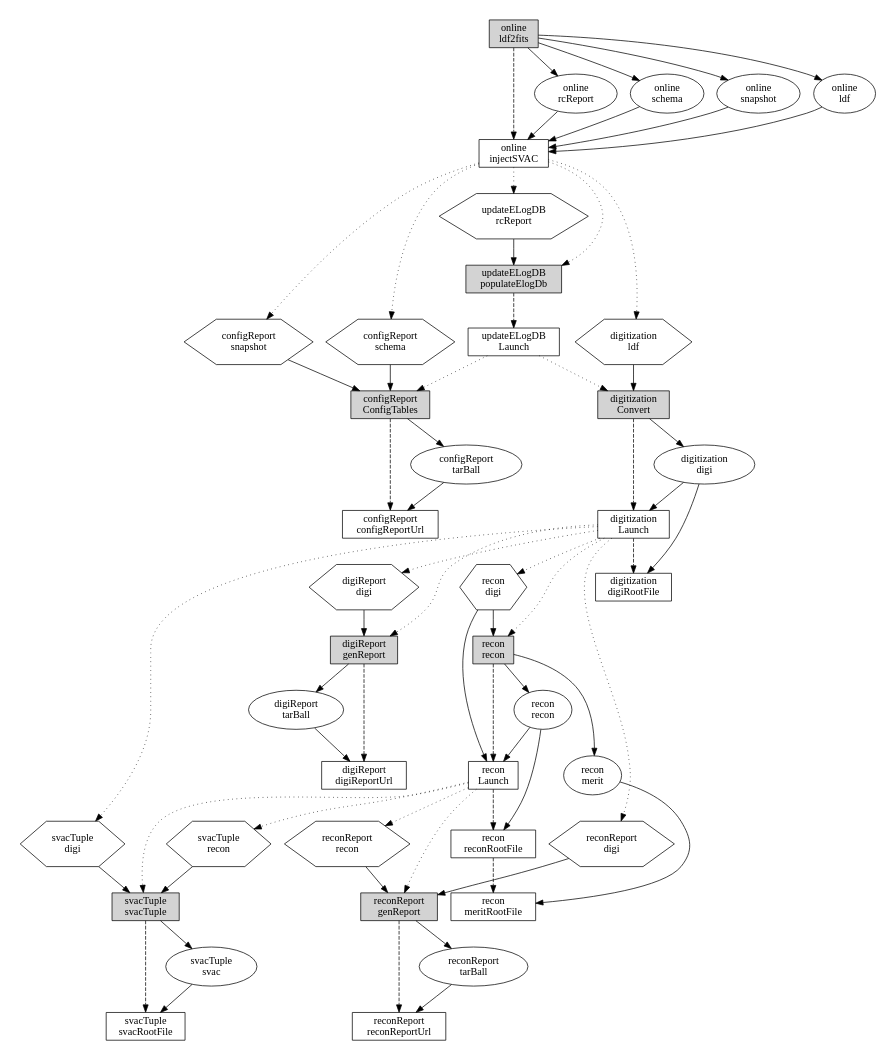
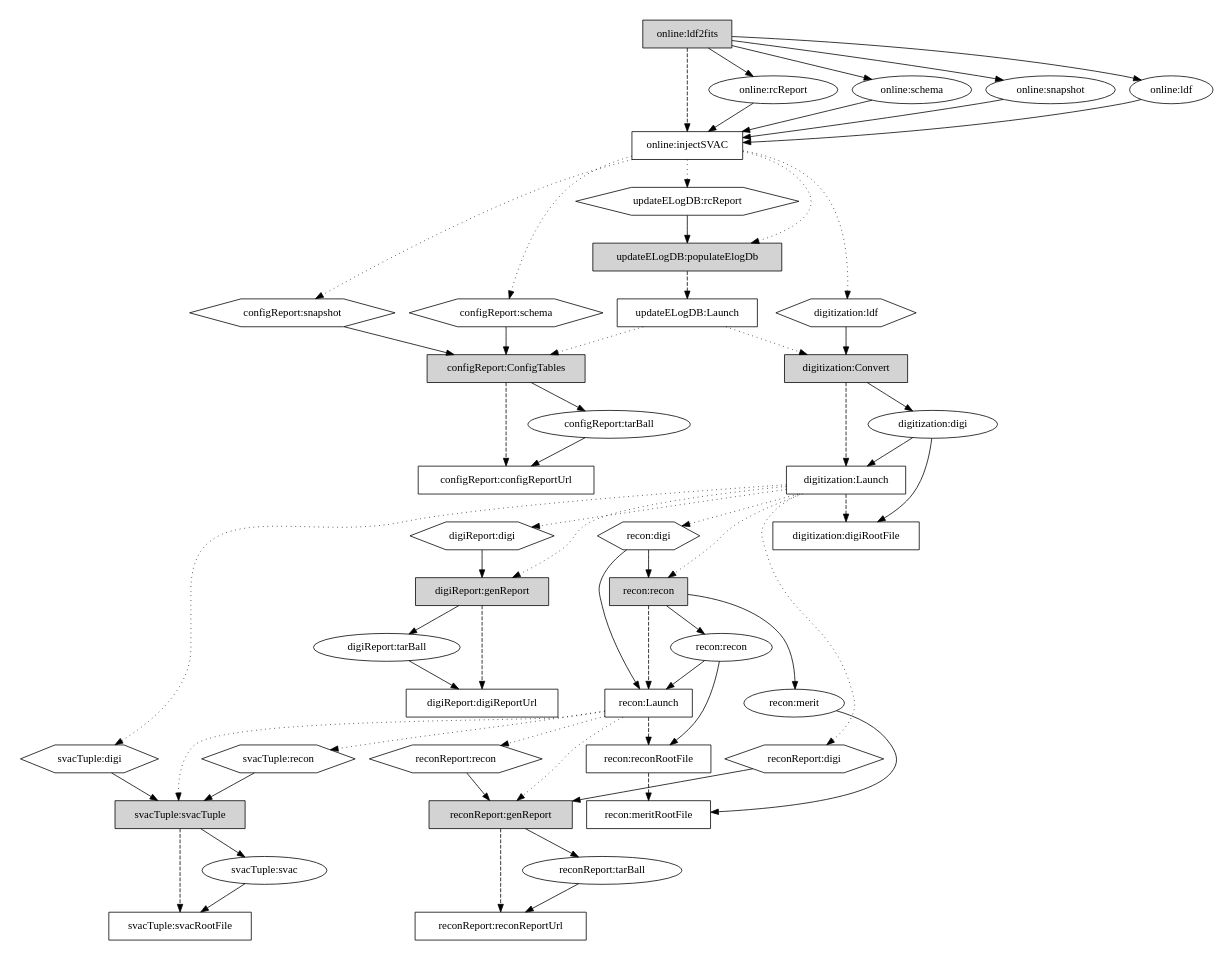
Before and after one commit to fermi-lat/svac: the diagram in svacPipeline/doc/newlaunch-EM2-v1r0.dot, drawn with Graphviz.

Commit message:
Changed newlins to colons in node labels in newlaunch graph.

```diff
--- a/svacPipeline/doc/newlaunch-EM2-v1r0.dot
+++ b/svacPipeline/doc/newlaunch-EM2-v1r0.dot
@@ -1,198 +1,198 @@
 digraph iAndTPipeline {
 
 #rotate=90;
 size="7.5,6.5";
 
 #### task processes
 node [shape=box];
 ####
 ## entry points
 node [style=filled];
 ##
-online_ldf2fits_tp [label="online\nldf2fits"];
-updateELogDB_populateElogDb_tp [label="updateELogDB\npopulateElogDb"];
-configReport_ConfigTables_tp [label="configReport\nConfigTables"];
-digitization_Convert_tp [label="digitization\nConvert"];
-digiReport_genReport_tp [label="digiReport\ngenReport"];
-recon_recon_tp [label="recon\nrecon"];
-reconReport_genReport_tp [label="reconReport\ngenReport"];
-svacTuple_svacTuple_tp [label="svacTuple\nsvacTuple "];
+online_ldf2fits_tp [label="online:ldf2fits"];
+updateELogDB_populateElogDb_tp [label="updateELogDB:populateElogDb"];
+configReport_ConfigTables_tp [label="configReport:ConfigTables"];
+digitization_Convert_tp [label="digitization:Convert"];
+digiReport_genReport_tp [label="digiReport:genReport"];
+recon_recon_tp [label="recon:recon"];
+reconReport_genReport_tp [label="reconReport:genReport"];
+svacTuple_svacTuple_tp [label="svacTuple:svacTuple "];
 ##
 node [style=solid];
 ##
-online_injectSVAC_tp [label="online\ninjectSVAC"];
+online_injectSVAC_tp [label="online:injectSVAC"];
 #
-updateELogDB_Launch_tp [label="updateELogDB\nLaunch"];
+updateELogDB_Launch_tp [label="updateELogDB:Launch"];
 #
-configReport_configReportUrl_tp [label="configReport\nconfigReportUrl"];
+configReport_configReportUrl_tp [label="configReport:configReportUrl"];
 #
-digitization_Launch_tp [label="digitization\nLaunch"];
-digitization_digiRootFile_tp [label="digitization\ndigiRootFile"];
+digitization_Launch_tp [label="digitization:Launch"];
+digitization_digiRootFile_tp [label="digitization:digiRootFile"];
 #
-digiReport_digiReportUrl_tp [label="digiReport\ndigiReportUrl"];
+digiReport_digiReportUrl_tp [label="digiReport:digiReportUrl"];
 #
-recon_Launch_tp [label="recon\nLaunch"];
-recon_reconRootFile_tp [label="recon\nreconRootFile"];
-recon_meritRootFile_tp [label="recon\nmeritRootFile"];
+recon_Launch_tp [label="recon:Launch"];
+recon_reconRootFile_tp [label="recon:reconRootFile"];
+recon_meritRootFile_tp [label="recon:meritRootFile"];
 #
-reconReport_reconReportUrl_tp [label="reconReport\nreconReportUrl"];
+reconReport_reconReportUrl_tp [label="reconReport:reconReportUrl"];
 #
-svacTuple_svacRootFile_tp [label="svacTuple\nsvacRootFile"];
+svacTuple_svacRootFile_tp [label="svacTuple:svacRootFile"];
 
 #### datasets
 node [shape=ellipse];
 ####
 ## real ones
 ##
-online_rcReport_ds [label="online\nrcReport"];
-online_schema_ds [label="online\nschema"];
-online_snapshot_ds [label="online\nsnapshot"];
-online_ldf_ds [label="online\nldf"];
+online_rcReport_ds [label="online:rcReport"];
+online_schema_ds [label="online:schema"];
+online_snapshot_ds [label="online:snapshot"];
+online_ldf_ds [label="online:ldf"];
 #
-configReport_tarBall_ds [label="configReport\ntarBall"];
+configReport_tarBall_ds [label="configReport:tarBall"];
 #
-digitization_digi_ds [label="digitization\ndigi"];
+digitization_digi_ds [label="digitization:digi"];
 #
-digiReport_tarBall_ds [label="digiReport\ntarBall"];
+digiReport_tarBall_ds [label="digiReport:tarBall"];
 #
-recon_recon_ds [label="recon\nrecon"];
-recon_merit_ds [label="recon\nmerit"];
+recon_recon_ds [label="recon:recon"];
+recon_merit_ds [label="recon:merit"];
 #
-reconReport_tarBall_ds [label="reconReport\ntarBall"];
+reconReport_tarBall_ds [label="reconReport:tarBall"];
 #
-svacTuple_svac_ds [label="svacTuple\nsvac"];
+svacTuple_svac_ds [label="svacTuple:svac"];
 ##
 ## links
 node [shape=hexagon];
 ##
-updateELogDB_rcReport_ds [label="updateELogDB\nrcReport"];
-configReport_schema_ds [label="configReport\nschema"];
-configReport_snapshot_ds [label="configReport\nsnapshot"];
-digitization_ldf_ds [label="digitization\nldf"];
+updateELogDB_rcReport_ds [label="updateELogDB:rcReport"];
+configReport_schema_ds [label="configReport:schema"];
+configReport_snapshot_ds [label="configReport:snapshot"];
+digitization_ldf_ds [label="digitization:ldf"];
 #
-recon_digi_ds [label="recon\ndigi"];
-digiReport_digi_ds [label="digiReport\ndigi"];
-svacTuple_digi_ds [label="svacTuple\ndigi"];
-reconReport_digi_ds [label="reconReport\ndigi"];
+recon_digi_ds [label="recon:digi"];
+digiReport_digi_ds [label="digiReport:digi"];
+svacTuple_digi_ds [label="svacTuple:digi"];
+reconReport_digi_ds [label="reconReport:digi"];
 #
-svacTuple_recon_ds [label="svacTuple\nrecon"];
-reconReport_recon_ds [label="reconReport\nrecon"];
+svacTuple_recon_ds [label="svacTuple:recon"];
+reconReport_recon_ds [label="reconReport:recon"];
 ##
 
 #### TP -> DS links
 edge [weight=10];
 ####
 ## ones known to GINO
 edge [weight=10];
 ##
 online_ldf2fits_tp -> online_rcReport_ds;
 online_ldf2fits_tp -> online_schema_ds;
 online_ldf2fits_tp -> online_snapshot_ds;
 online_ldf2fits_tp -> online_ldf_ds;
 #
 online_rcReport_ds -> online_injectSVAC_tp;
 online_schema_ds -> online_injectSVAC_tp;
 online_snapshot_ds -> online_injectSVAC_tp;
 online_ldf_ds -> online_injectSVAC_tp;
 #
 updateELogDB_rcReport_ds -> updateELogDB_populateElogDb_tp;
 #
 configReport_schema_ds -> configReport_ConfigTables_tp;
 configReport_snapshot_ds -> configReport_ConfigTables_tp;
 configReport_ConfigTables_tp -> configReport_tarBall_ds;
 #
 configReport_tarBall_ds -> configReport_configReportUrl_tp;
 #
 digitization_ldf_ds -> digitization_Convert_tp;
 digitization_Convert_tp -> digitization_digi_ds;
 #
 digitization_digi_ds -> digitization_Launch_tp;
 digitization_digi_ds -> digitization_digiRootFile_tp;
 
 digiReport_digi_ds -> digiReport_genReport_tp;
 digiReport_genReport_tp -> digiReport_tarBall_ds;
 #
 digiReport_tarBall_ds -> digiReport_digiReportUrl_tp;
 #
 recon_digi_ds -> recon_recon_tp;
 recon_recon_tp -> recon_recon_ds;
 recon_recon_tp -> recon_merit_ds;
 #
 recon_recon_ds -> recon_Launch_tp;
 recon_digi_ds -> recon_Launch_tp;
 recon_recon_ds -> recon_reconRootFile_tp;
 #
 recon_merit_ds -> recon_meritRootFile_tp;
 
 reconReport_digi_ds -> reconReport_genReport_tp;
 reconReport_recon_ds -> reconReport_genReport_tp;
 reconReport_genReport_tp -> reconReport_tarBall_ds;
 #
 reconReport_tarBall_ds -> reconReport_reconReportUrl_tp;
 
 svacTuple_digi_ds -> svacTuple_svacTuple_tp;
 svacTuple_recon_ds -> svacTuple_svacTuple_tp;
 svacTuple_svacTuple_tp -> svacTuple_svac_ds;
 #
 svacTuple_svac_ds -> svacTuple_svacRootFile_tp;
 #
 ## unknown to GINO
 edge [weight=1,style=dotted];
 ##
 online_injectSVAC_tp -> updateELogDB_rcReport_ds;
 online_injectSVAC_tp -> configReport_schema_ds;
 online_injectSVAC_tp -> configReport_snapshot_ds;
 online_injectSVAC_tp -> digitization_ldf_ds;
 #
 digitization_Launch_tp -> recon_digi_ds;
 #
 digitization_Launch_tp -> digiReport_digi_ds;
 #
 digitization_Launch_tp -> svacTuple_digi_ds;
 #
 digitization_Launch_tp -> reconReport_digi_ds;
 #
 recon_Launch_tp -> svacTuple_recon_ds;
 #
 recon_Launch_tp -> reconReport_recon_ds;
 #
 ##
 
 #### intratask links ####
 edge [style=dashed,weight=100];
 ####
 online_ldf2fits_tp -> online_injectSVAC_tp;
 #
 updateELogDB_populateElogDb_tp -> updateELogDB_Launch_tp;
 #
 digitization_Convert_tp -> digitization_Launch_tp;
 digitization_Launch_tp -> digitization_digiRootFile_tp;
 #
 configReport_ConfigTables_tp -> configReport_configReportUrl_tp;
 #
 recon_recon_tp -> recon_Launch_tp;
 recon_Launch_tp -> recon_reconRootFile_tp;
 recon_reconRootFile_tp -> recon_meritRootFile_tp;
 #
 digiReport_genReport_tp -> digiReport_digiReportUrl_tp;
 #
 svacTuple_svacTuple_tp -> svacTuple_svacRootFile_tp;
 #
 reconReport_genReport_tp -> reconReport_reconReportUrl_tp;
 
 
 ##### intertask links #####
 edge [style=dotted,weight=1];
 ####
 online_injectSVAC_tp -> updateELogDB_populateElogDb_tp;
 #
 updateELogDB_Launch_tp -> digitization_Convert_tp;
 updateELogDB_Launch_tp -> configReport_ConfigTables_tp;
 #
 digitization_Launch_tp -> recon_recon_tp;
 digitization_Launch_tp -> digiReport_genReport_tp;
 #
 recon_Launch_tp -> svacTuple_svacTuple_tp;
 recon_Launch_tp -> reconReport_genReport_tp;
 
 }
```
